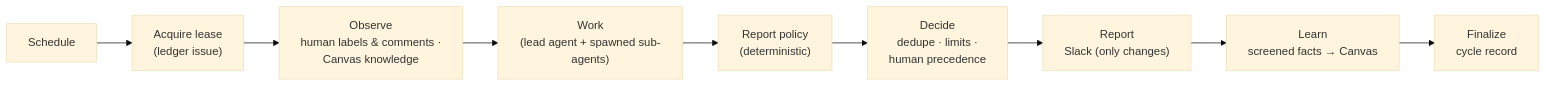
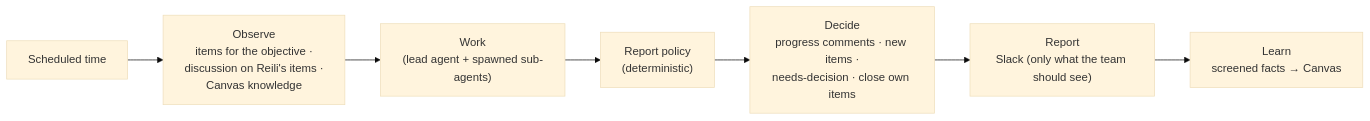
Before and after one commit to reilidev/reili: the diagram in docs/autonomy.md, drawn with Mermaid (base theme). The commit also changed other lines of this file and 50 other files, not shown here.

First line of the commit message:
Work on the team's tracker like a teammate

````diff
--- a/docs/autonomy.md
+++ b/docs/autonomy.md
@@ -111,11 +123,9 @@
 ```mermaid
 flowchart LR
-    T["Schedule"] --> L["Acquire lease<br/>(ledger issue)"]
-    L --> O["Observe<br/>human labels & comments ·<br/>Canvas knowledge"]
-    O --> I["Work<br/>(lead agent + spawned sub-agents)"]
-    I --> G["Report policy<br/>(deterministic)"]
-    G --> D["Decide<br/>dedupe · limits ·<br/>human precedence"]
-    D --> R["Report<br/>Slack (only changes)"]
+    T["Scheduled time"] --> O["Observe<br/>items for the objective ·<br/>discussion on Reili's items ·<br/>Canvas knowledge"]
+    O --> W["Work<br/>(lead agent + spawned sub-agents)"]
+    W --> G["Report policy<br/>(deterministic)"]
+    G --> D["Decide<br/>progress comments · new items ·<br/>needs-decision · close own items"]
+    D --> R["Report<br/>Slack (only what the team should see)"]
     R --> K["Learn<br/>screened facts → Canvas"]
-    K --> F["Finalize<br/>cycle record"]
 ```
````
